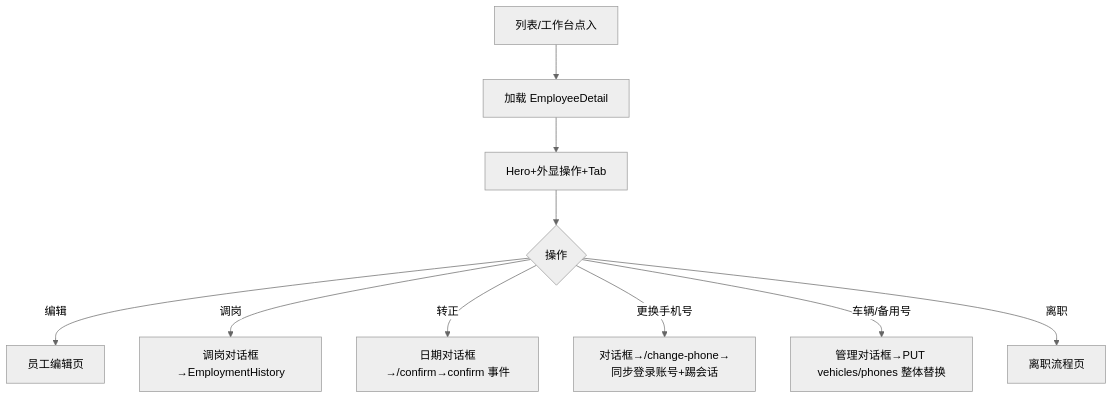
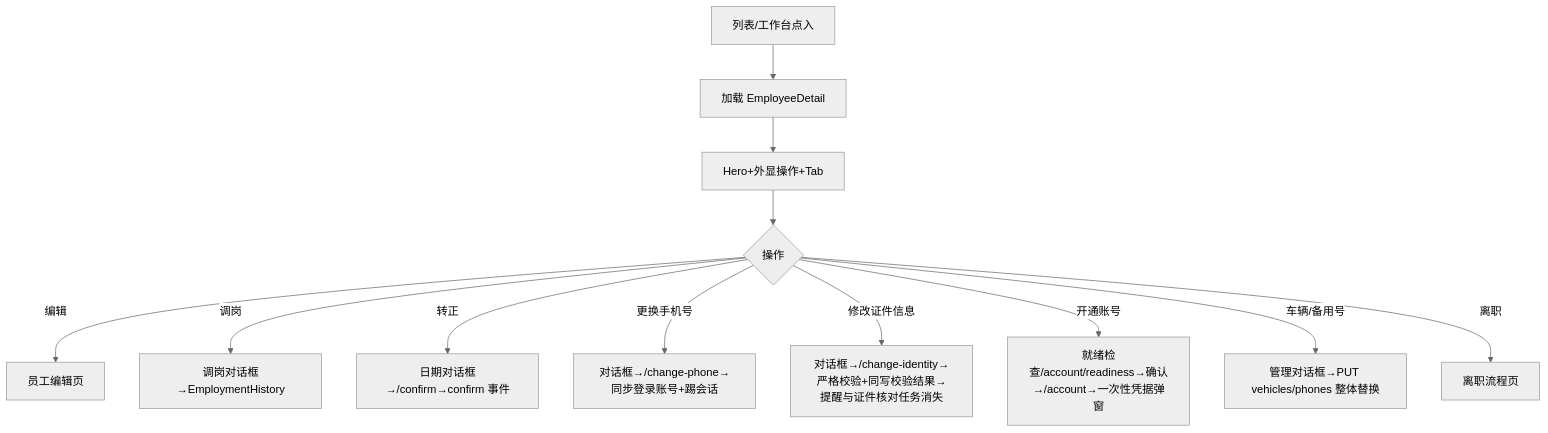
One commit to BruceChu0424/utenelec_imp changed the diagram in docs/03-页面/员工详情页.md. Above: the diagram before and after it, drawn with Mermaid (neutral theme). The commit also changed other lines of this file and 134 other files, not shown here.

````diff
--- a/docs/03-页面/员工详情页.md
+++ b/docs/03-页面/员工详情页.md
@@ -90,12 +134,14 @@
 ```mermaid
 flowchart TD
     A[列表/工作台点入] --> W[加载 EmployeeDetail]
     W --> R[Hero+外显操作+Tab]
     R --> OP{操作}
     OP -->|编辑| E[员工编辑页]
     OP -->|调岗| TG[调岗对话框→EmploymentHistory]
     OP -->|转正| CF[日期对话框→/confirm→confirm 事件]
     OP -->|更换手机号| CP[对话框→/change-phone→同步登录账号+踢会话]
+    OP -->|修改证件信息| CI[对话框→/change-identity→严格校验+同写校验结果→提醒与证件核对任务消失]
+    OP -->|开通账号| PA[就绪检查/account/readiness→确认→/account→一次性凭据弹窗]
     OP -->|车辆/备用号| VP[管理对话框→PUT vehicles/phones 整体替换]
     OP -->|离职| OB[离职流程页]
 ```
````
